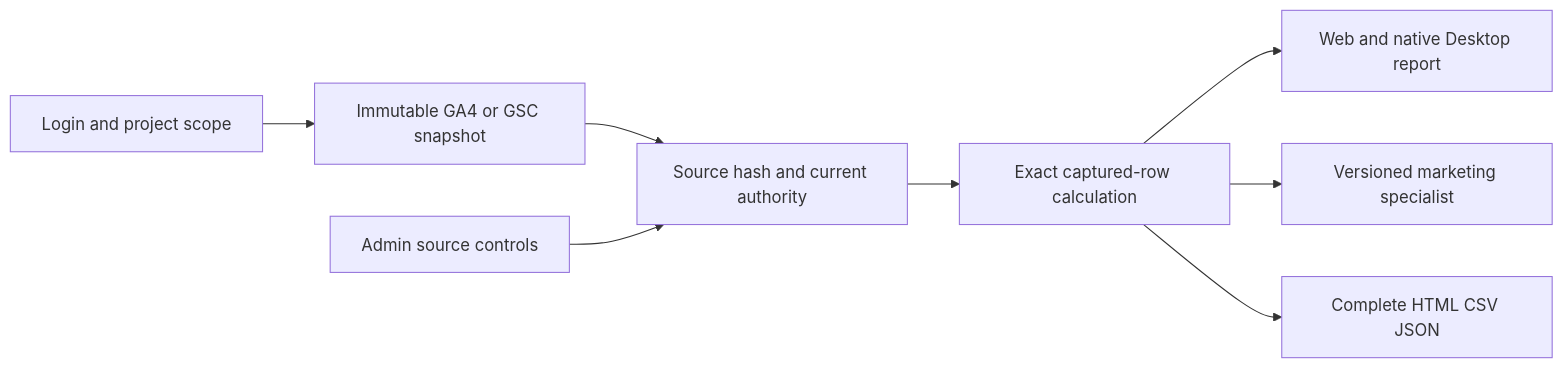
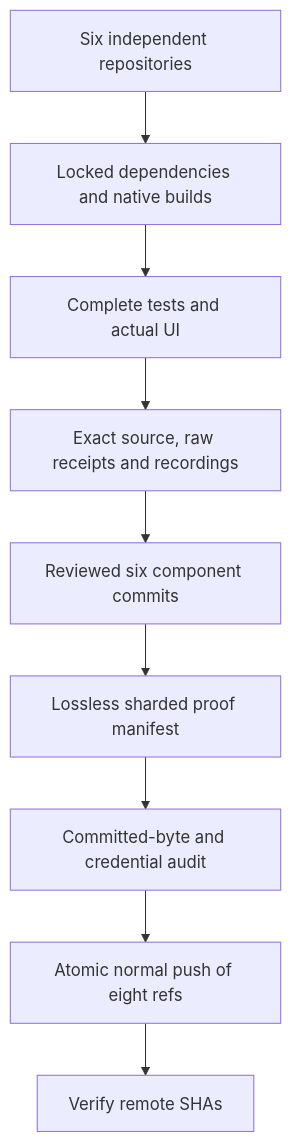
Before and after one commit to copypasteltd/workmate: the diagram in README.en.md, drawn with Mermaid. The commit also changed other lines of this file and 61 other files, not shown here.

Commit message:
feat: add native node source and integrated delivery checks

````diff
--- a/README.en.md
+++ b/README.en.md
@@ -377,10 +32,11 @@
 ```mermaid
-flowchart LR
-  Login[Login and project scope] --> Capture[Immutable GA4 or GSC snapshot]
-  Capture --> Verify[Source hash and current authority]
-  Verify --> Metrics[Exact captured-row calculation]
-  Metrics --> Clients[Web and native Desktop report]
-  Metrics --> Skill[Versioned marketing specialist]
-  Metrics --> Files[Complete HTML CSV JSON]
-  Admin[Admin source controls] --> Verify
+flowchart TD
+  Sources[Six independent repositories] --> Build[Locked dependencies and native builds]
+  Build --> Checks[Complete tests and actual UI]
+  Checks --> Evidence[Exact source, raw receipts and recordings]
+  Evidence --> Commits[Reviewed six component commits]
+  Commits --> Manifest[Lossless sharded proof manifest]
+  Manifest --> Audit[Committed-byte and credential audit]
+  Audit --> Push[Atomic normal push of eight refs]
+  Push --> Verify[Verify remote SHAs]
 ```
````
